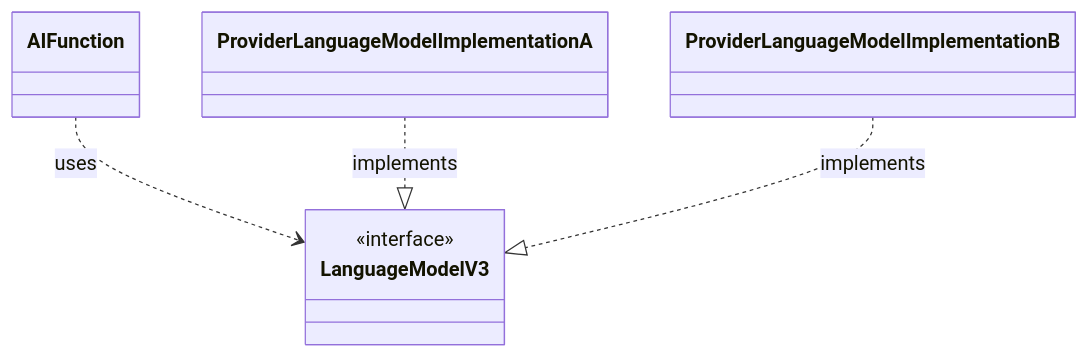
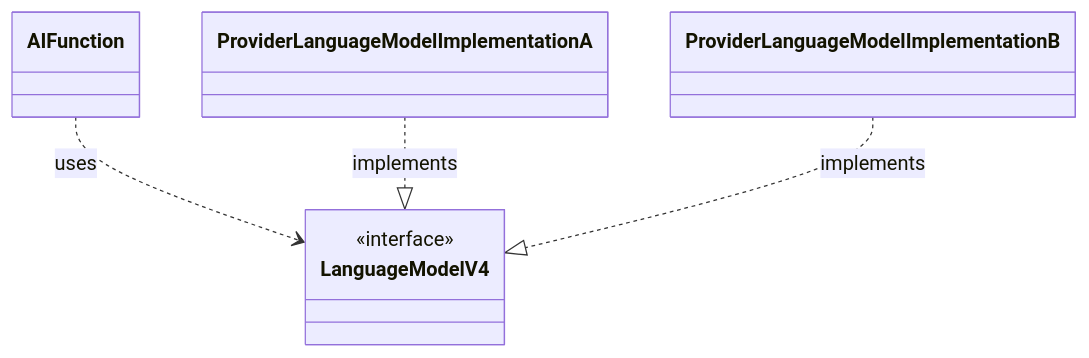
One commit to vercel/ai changed the first of 8 diagrams in architecture/provider-abstraction.md. Above: the diagram before and after it, drawn with Mermaid. The commit also changed other lines of this file and 30 other files, not shown here.

````diff
--- a/architecture/provider-abstraction.md
+++ b/architecture/provider-abstraction.md
@@ -12,13 +12,13 @@
 ```mermaid
 classDiagram
     class AIFunction
-    class LanguageModelV3 {
+    class LanguageModelV4 {
       <<interface>>
     }
     class ProviderLanguageModelImplementationA
     class ProviderLanguageModelImplementationB
 
-    AIFunction ..> LanguageModelV3 : uses
-    ProviderLanguageModelImplementationA ..|> LanguageModelV3 : implements
-    ProviderLanguageModelImplementationB ..|> LanguageModelV3 : implements
+    AIFunction ..> LanguageModelV4 : uses
+    ProviderLanguageModelImplementationA ..|> LanguageModelV4 : implements
+    ProviderLanguageModelImplementationB ..|> LanguageModelV4 : implements
 ```
````
